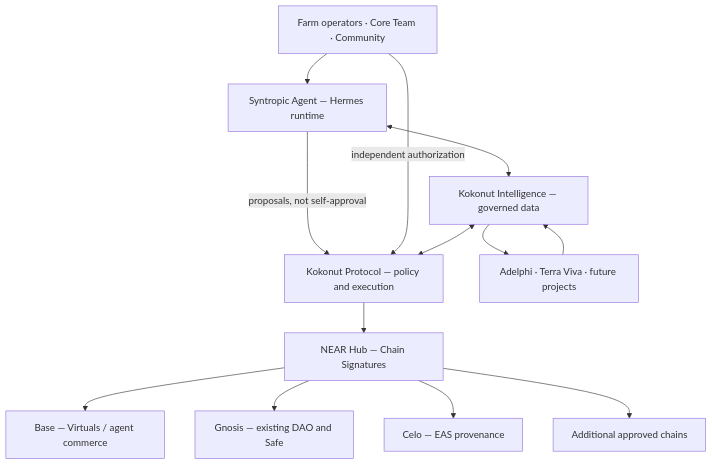
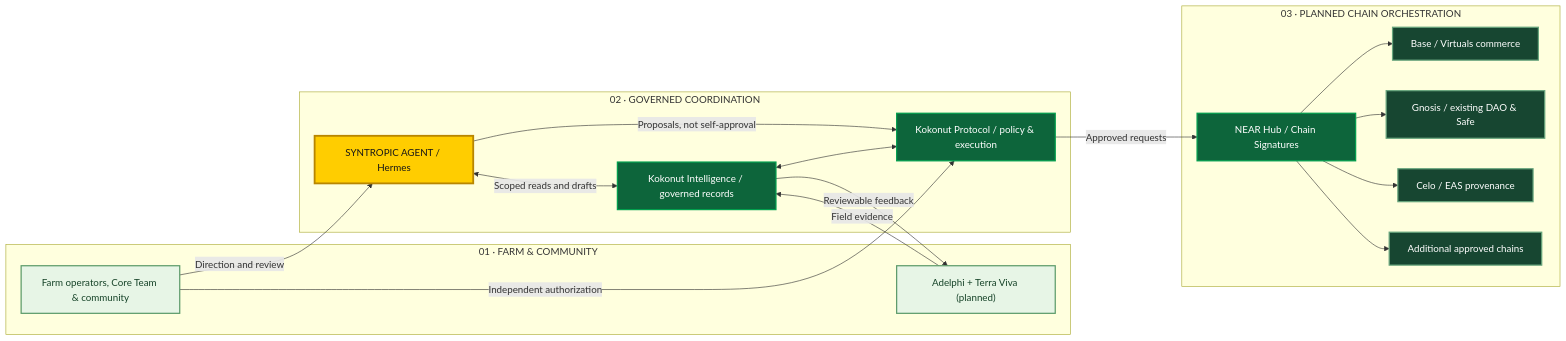
Before and after one commit to wasalo/Kokonut-Public-Site: the diagram in syntropic-agent.mdx, drawn with Mermaid. The commit also changed other lines of this file, not shown here.

Commit message:
feat(agent): replace introduction with custom landing and prominently rendered native Mermaid system map

````diff
--- a/syntropic-agent.mdx
+++ b/syntropic-agent.mdx
@@ -78,26 +18,41 @@
-~~~mermaid
-flowchart TD
-    PEOPLE["Farm operators · Core Team · Community"]
-    AGENT["Syntropic Agent — Hermes runtime"]
-    KI["Kokonut Intelligence — governed data"]
-    PROTOCOL["Kokonut Protocol — policy and execution"]
-    NEAR["NEAR Hub — Chain Signatures"]
-    BASE["Base — Virtuals / agent commerce"]
-    GNOSIS["Gnosis — existing DAO and Safe"]
-    CELO["Celo — EAS provenance"]
-    FUTURE["Additional approved chains"]
-    FARMS["Adelphi · Terra Viva · future projects"]
+```mermaid
+flowchart LR
+    subgraph FIELD["01 · FARM & COMMUNITY"]
+      PEOPLE["Farm operators, Core Team & community"]
+      FARMS["Adelphi + Terra Viva (planned)"]
+    end
+    subgraph CORE["02 · GOVERNED COORDINATION"]
+      AGENT["SYNTROPIC AGENT / Hermes"]
+      KI["Kokonut Intelligence / governed records"]
+      PROTOCOL["Kokonut Protocol / policy & execution"]
+    end
+    subgraph MULTI["03 · PLANNED CHAIN ORCHESTRATION"]
+      HUB["NEAR Hub / Chain Signatures"]
+      BASE["Base / Virtuals commerce"]
+      GNOSIS["Gnosis / existing DAO & Safe"]
+      CELO["Celo / EAS provenance"]
+      EXTRA["Additional approved chains"]
+    end
 
-    PEOPLE --> AGENT
-    FARMS --> KI
-    AGENT <--> KI
-    AGENT -->|"proposals, not self-approval"| PROTOCOL
-    PEOPLE -->|"independent authorization"| PROTOCOL
+    PEOPLE -->|"Direction and review"| AGENT
+    FARMS -->|"Field evidence"| KI
+    AGENT <-->|"Scoped reads and drafts"| KI
+    AGENT -->|"Proposals, not self-approval"| PROTOCOL
+    PEOPLE -->|"Independent authorization"| PROTOCOL
     KI <--> PROTOCOL
-    PROTOCOL --> NEAR
-    NEAR --> BASE
-    NEAR --> GNOSIS
-    NEAR --> CELO
-    NEAR --> FUTURE
-    KI --> FARMS
-~~~
+    PROTOCOL -->|"Approved requests"| HUB
+    HUB --> BASE
+    HUB --> GNOSIS
+    HUB --> CELO
+    HUB --> EXTRA
+    KI -->|"Reviewable feedback"| FARMS
+
+    classDef agent fill:#FFCD00,color:#171717,stroke:#B88600,stroke-width:3px
+    classDef core fill:#0D653B,color:#FFFFFF,stroke:#009F4D,stroke-width:2px
+    classDef land fill:#E7F5E6,color:#164328,stroke:#5B9A69,stroke-width:2px
+    classDef network fill:#174631,color:#FFFFFF,stroke:#67A57D,stroke-width:2px
+    class AGENT agent
+    class KI,PROTOCOL,HUB core
+    class PEOPLE,FARMS land
+    class BASE,GNOSIS,CELO,EXTRA network
+```
````
